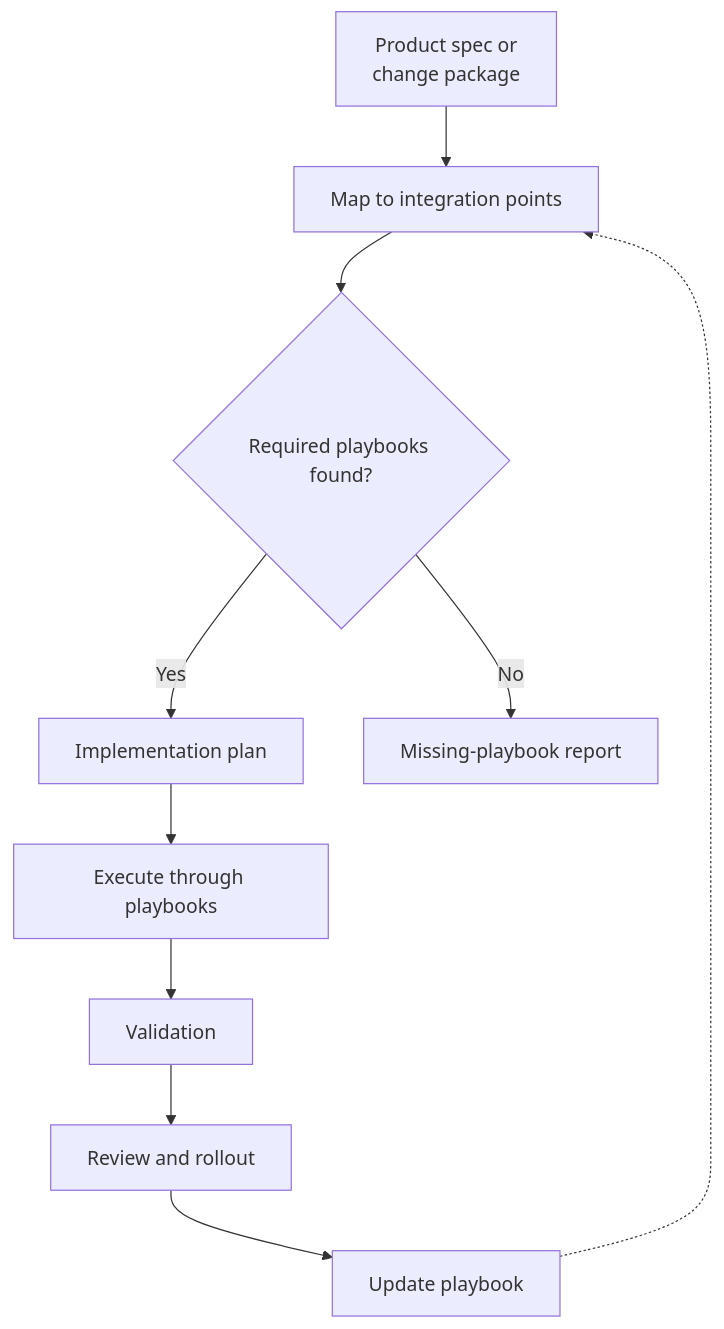
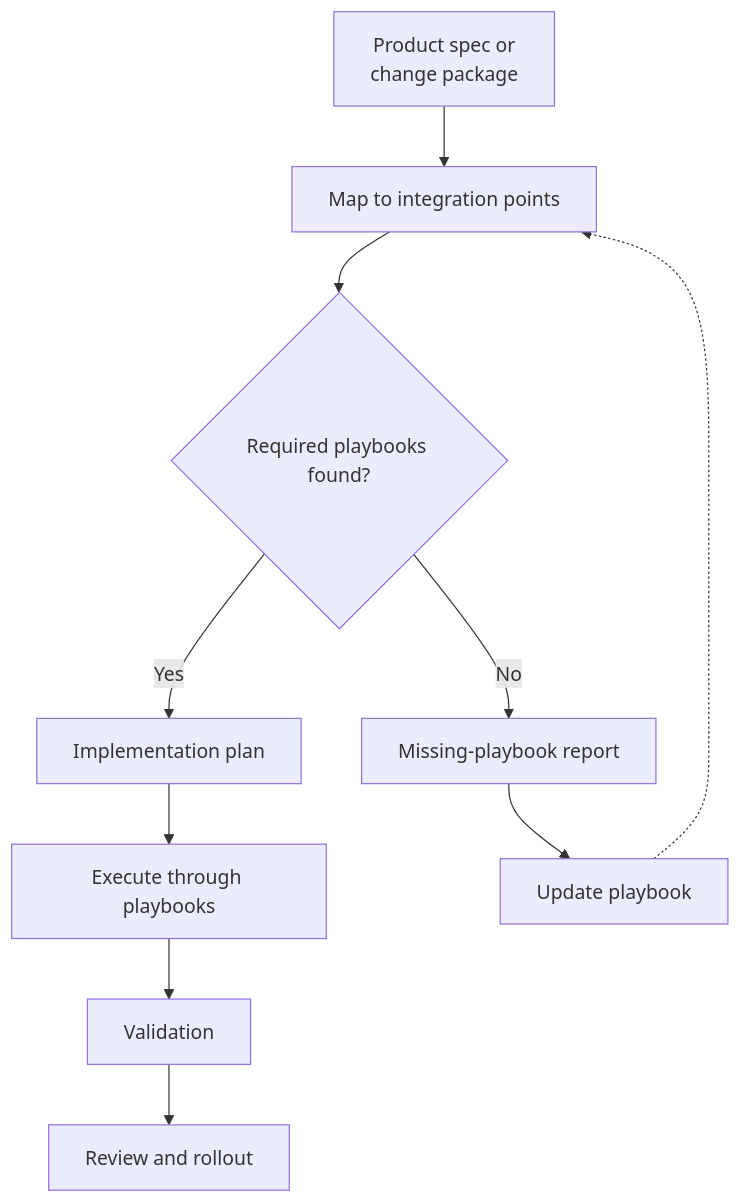
Before and after one commit to MoranM/code-left: the diagram in README.md, drawn with Mermaid.

Commit message:
fixing mermaid

````diff
--- a/README.md
+++ b/README.md
@@ -67,17 +67,17 @@
 ```mermaid
 flowchart TB
     Spec["Product spec or<br/>change package"]
     Mapping["Map to integration points"]
     Decision{"Required playbooks found?"}
     Plan["Implementation plan"]
     Missing["Missing-playbook report"]
     Implementation["Execute through playbooks"]
     Validation["Validation"]
     Review["Review and rollout"]
     Learning["Update playbook"]
 
     Spec --> Mapping --> Decision
-    Decision -->|Yes| Plan --> Implementation --> Validation --> Review --> Learning
-    Decision -->|No| Missing
+    Decision -->|Yes| Plan --> Implementation --> Validation --> Review
+    Decision -->|No| Missing --> Learning
     Learning -.-> Mapping
 ```
````
